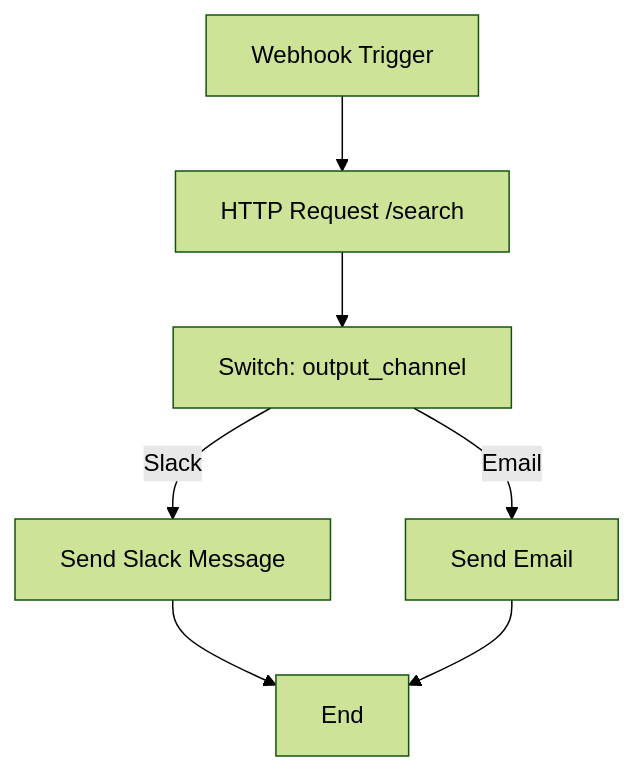
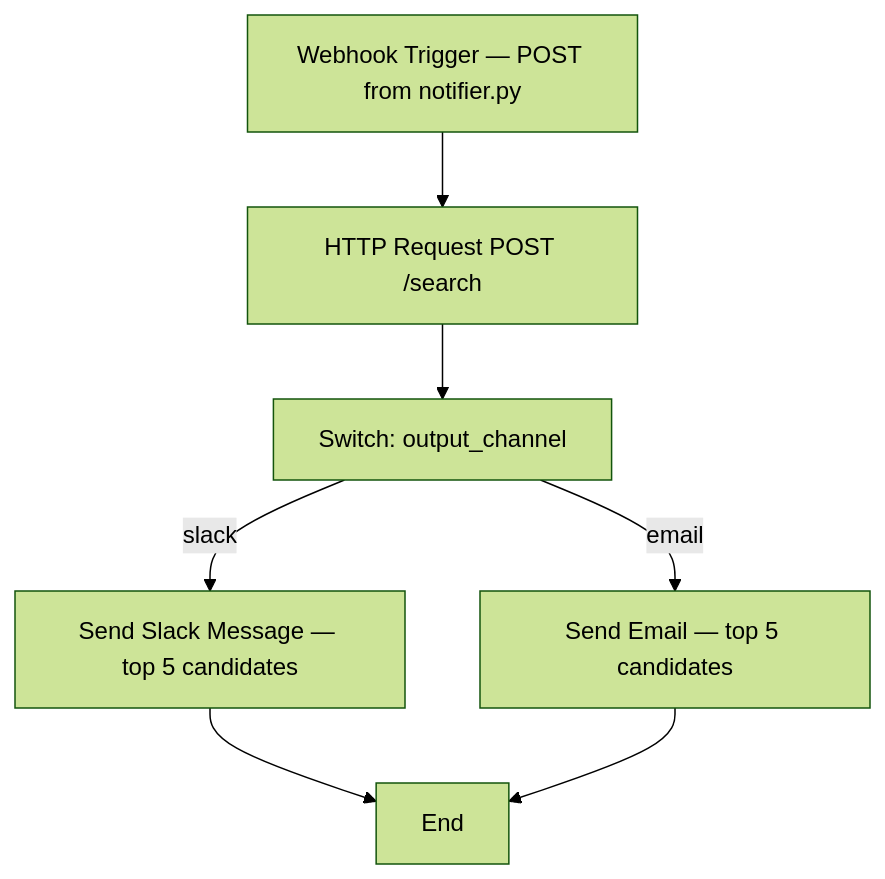
One commit to nngo23/Implementing-IoT-Pipeline changed the fourth of 5 diagrams in Candidate_Search_System/docs/UML_DIAGRAMS.md. Above: the diagram before and after it, drawn with Mermaid (forest theme). The commit also changed other lines of this file and 22 other files, not shown here.

````diff
--- a/Candidate_Search_System/docs/UML_DIAGRAMS.md
+++ b/Candidate_Search_System/docs/UML_DIAGRAMS.md
@@ -46,12 +180,12 @@
 ```mermaid
 flowchart TD
-A[Webhook Trigger] --> B[HTTP Request /search]
+    A[Webhook Trigger — POST from notifier.py] --> B[HTTP Request POST /search]
 
     B --> C[Switch: output_channel]
 
-    C -->|Slack| D[Send Slack Message]
-    C -->|Email| E[Send Email]
+    C -->|slack| D[Send Slack Message — top 5 candidates]
+    C -->|email| E[Send Email — top 5 candidates]
 
     D --> F[End]
     E --> F[End]
 ```
````
